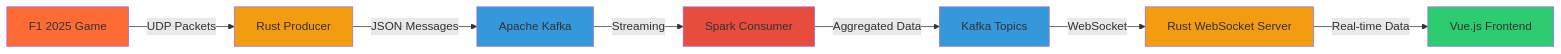
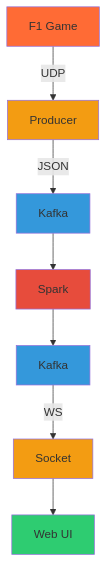
The diagram in README.md (phish3y/f1-telemetry), drawn with Mermaid before and after one commit.

Commit message:
mermaid chart update

````diff
--- a/README.md
+++ b/README.md
@@ -7,17 +7,17 @@
 ```mermaid
-graph LR
-    A[F1 2025 Game] -->|UDP Packets| B[Rust Producer]
-    B -->|JSON Messages| C[Apache Kafka]
-    C -->|Streaming| D[Spark Consumer]
-    D -->|Aggregated Data| E[Kafka Topics]
-    E -->|WebSocket| F[Rust WebSocket Server]
-    F -->|Real-time Data| G[Vue.js Frontend]
+graph TD
+    A[F1 Game] -->|UDP| B[Producer]
+    B -->|JSON| C[Kafka]
+    C --> D[Spark]
+    D --> E[Kafka]
+    E -->|WS| F[Socket]
+    F --> G[Web UI]
     
     style A fill:#ff6b35
     style B fill:#f39c12
     style C fill:#3498db
     style D fill:#e74c3c
     style E fill:#3498db
     style F fill:#f39c12
     style G fill:#2ecc71
 ```
````
